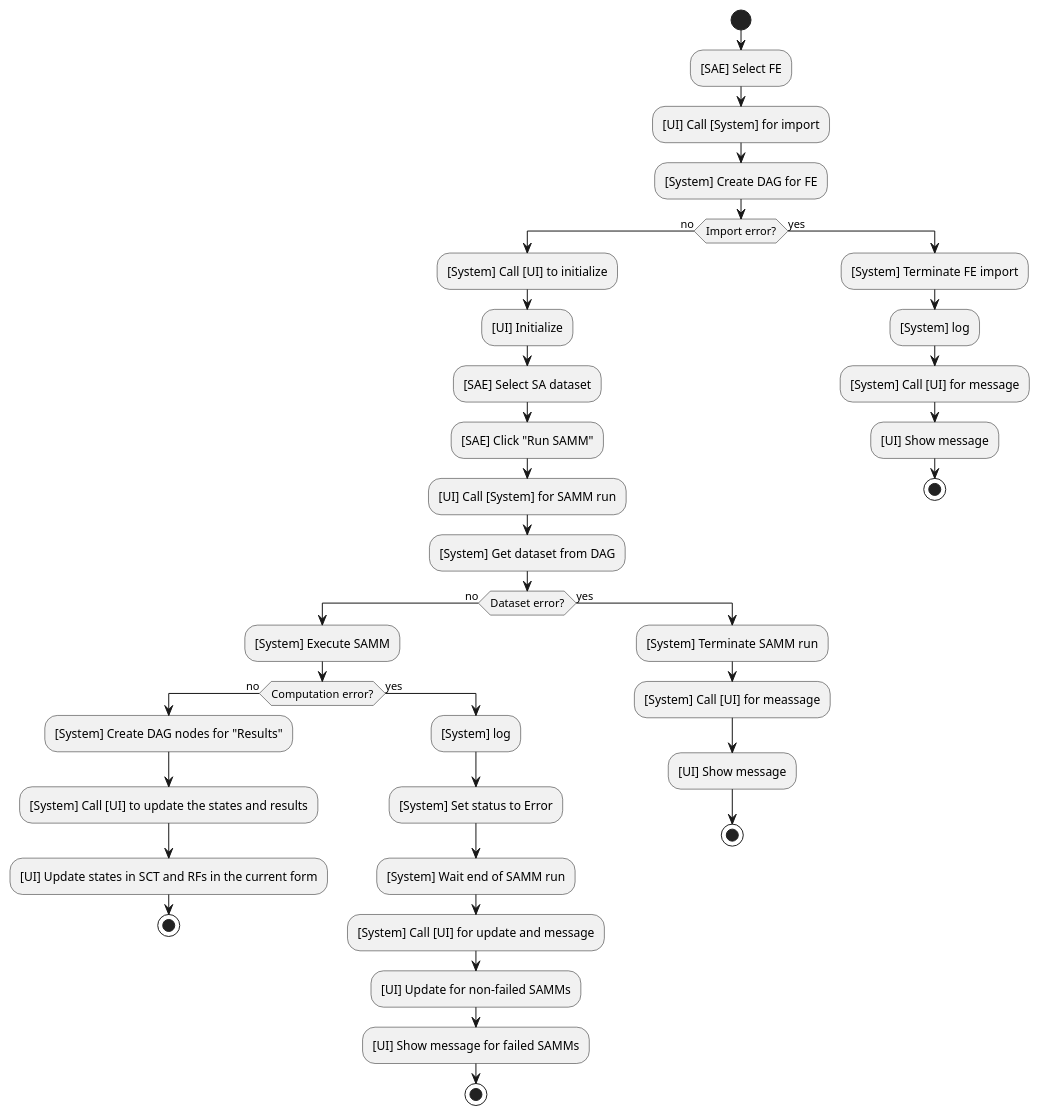
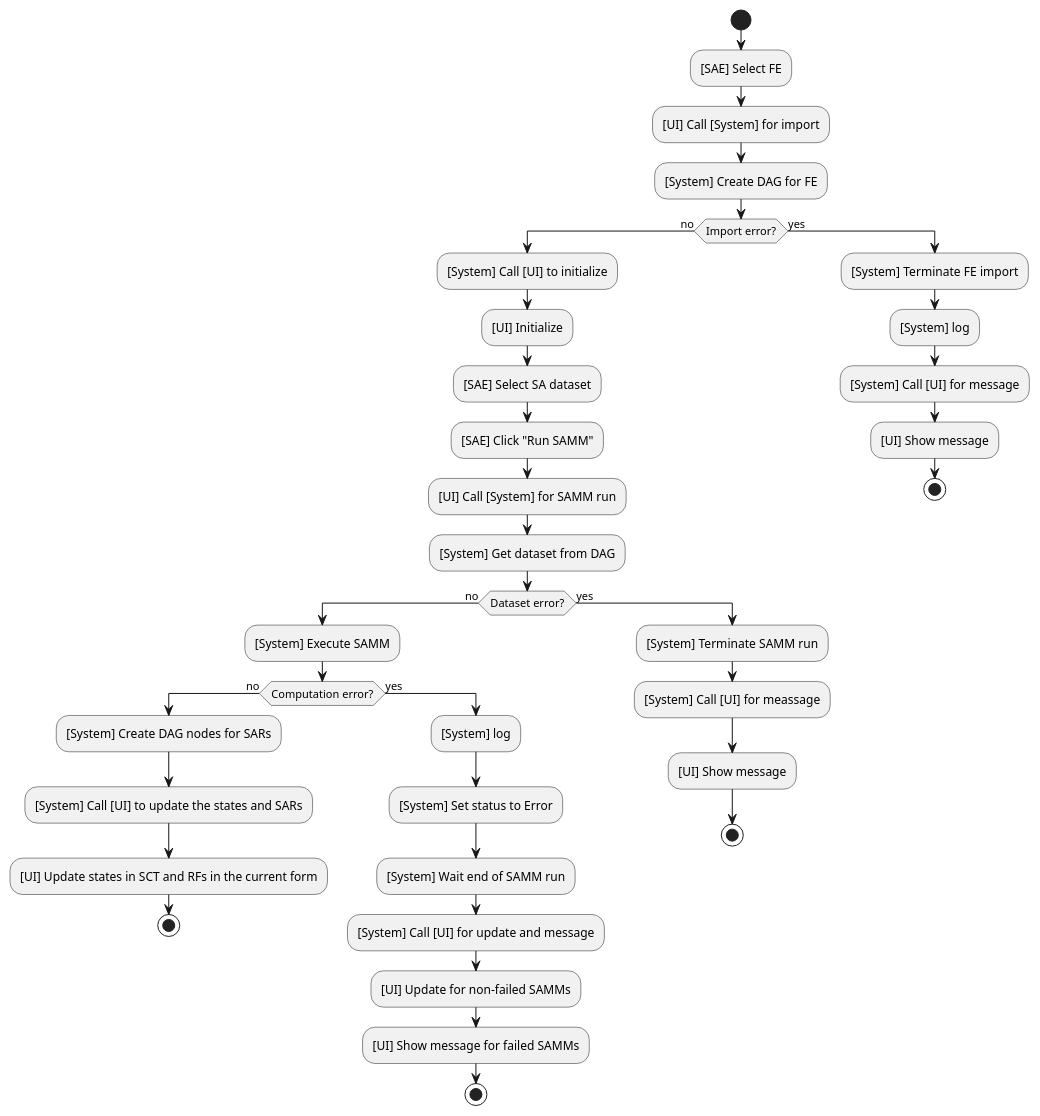
The diagram in uml/UC_01.puml (BarisAlbayrakIEEE/StructuralAnalysis), drawn with PlantUML before and after one commit. The commit also changed 2 other files, not shown here.

```diff
--- a/uml/UC_01.puml
+++ b/uml/UC_01.puml
@@ -1,51 +1,51 @@
 @startuml UC_01
 
 start
 :[SAE] Select FE;
 :[UI] Call [System] for import;
 :[System] Create DAG for FE;
 
 if (Import error?) then (no)
   :[System] Call [UI] to initialize;
   :[UI] Initialize;
   :[SAE] Select SA dataset;
   :[SAE] Click "Run SAMM";
   :[UI] Call [System] for SAMM run;
   :[System] Get dataset from DAG;
 
   if (Dataset error?) then (no)
     :[System] Execute SAMM;
 
     if (Computation error?) then (no)
-      :[System] Create DAG nodes for "Results";
-      :[System] Call [UI] to update the states and results;
+      :[System] Create DAG nodes for SARs;
+      :[System] Call [UI] to update the states and SARs;
       :[UI] Update states in SCT and RFs in the current form;
 
       stop;
     else (yes)
       :[System] log;
       :[System] Set status to Error;
       :[System] Wait end of SAMM run;
       :[System] Call [UI] for update and message;
       :[UI] Update for non-failed SAMMs;
       :[UI] Show message for failed SAMMs;
 
       stop;
     endif
   else (yes)
     :[System] Terminate SAMM run;
     :[System] Call [UI] for meassage;
     :[UI] Show message;
 
     stop;
   endif
 else (yes)
   :[System] Terminate FE import;
   :[System] log;
   :[System] Call [UI] for message;
   :[UI] Show message;
 
   stop;
 endif
 
 @enduml
```
